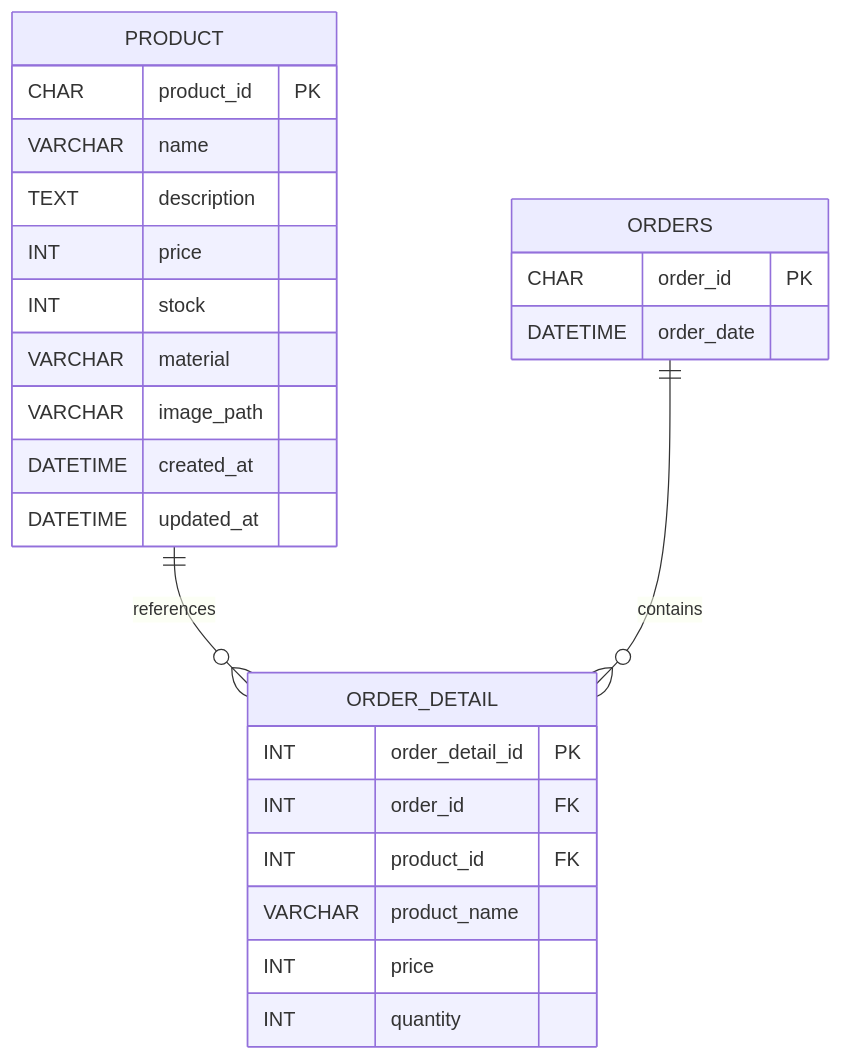
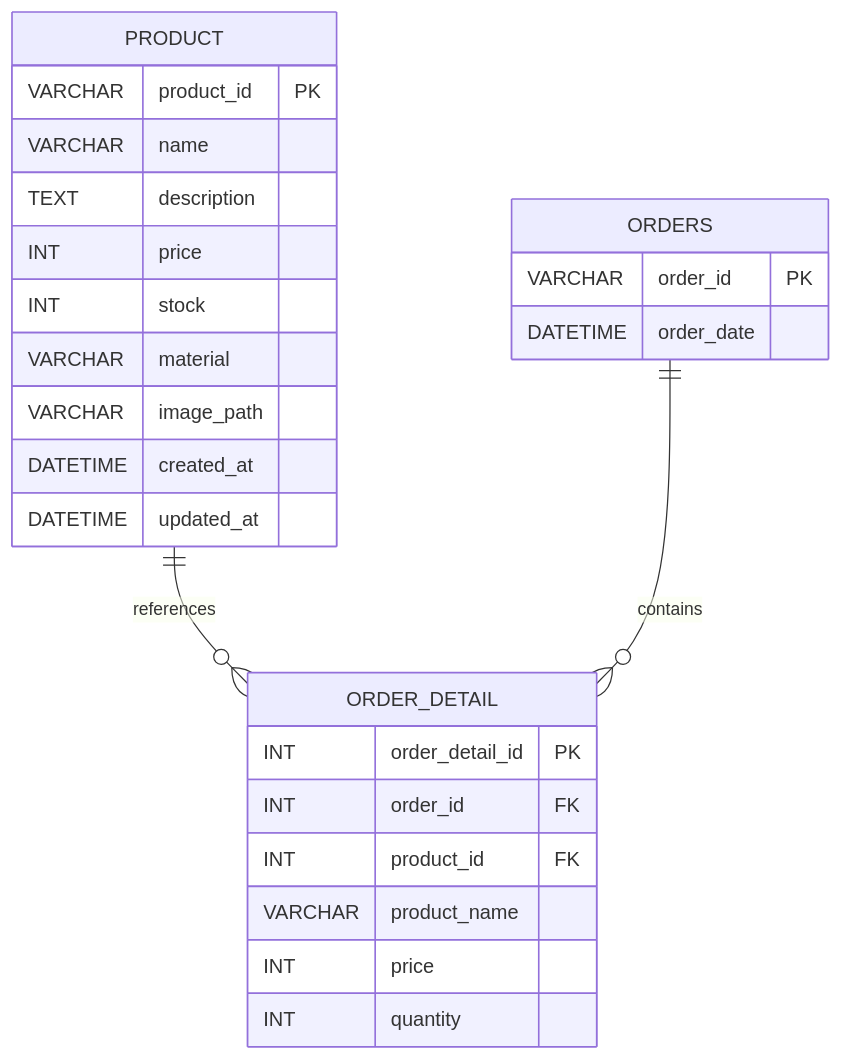
Before and after one commit to natsumiumeda/Jobs: diagram 11 of 12 in 詳細設計/詳細設計書.md, drawn with Mermaid. The commit also changed other lines of this file, not shown here.

```diff
--- a/詳細設計/詳細設計書.md
+++ b/詳細設計/詳細設計書.md
@@ -1020,32 +1020,32 @@
 <div class="mermaid">
 erDiagram
 
   PRODUCT {
-    CHAR product_id PK 
+    VARCHAR product_id PK 
     VARCHAR name 
     TEXT description 
     INT price 
     INT stock 
     VARCHAR material 
     VARCHAR image_path 
     DATETIME created_at 
     DATETIME updated_at 
   }
 
   ORDERS {
-    CHAR order_id PK 
+    VARCHAR order_id PK 
     DATETIME order_date 
   }
 
   ORDER_DETAIL {
     INT order_detail_id PK 
     INT order_id FK 
     INT product_id FK 
     VARCHAR product_name 
     INT price 
     INT quantity 
   }
 
   PRODUCT ||--o{ ORDER_DETAIL : "references"
   ORDERS ||--o{ ORDER_DETAIL : "contains"
   </div>
```
